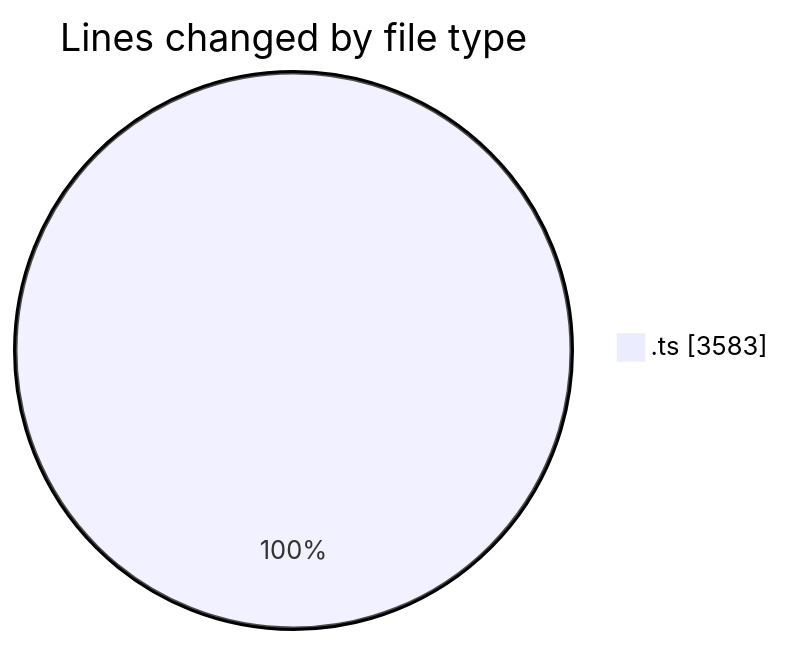
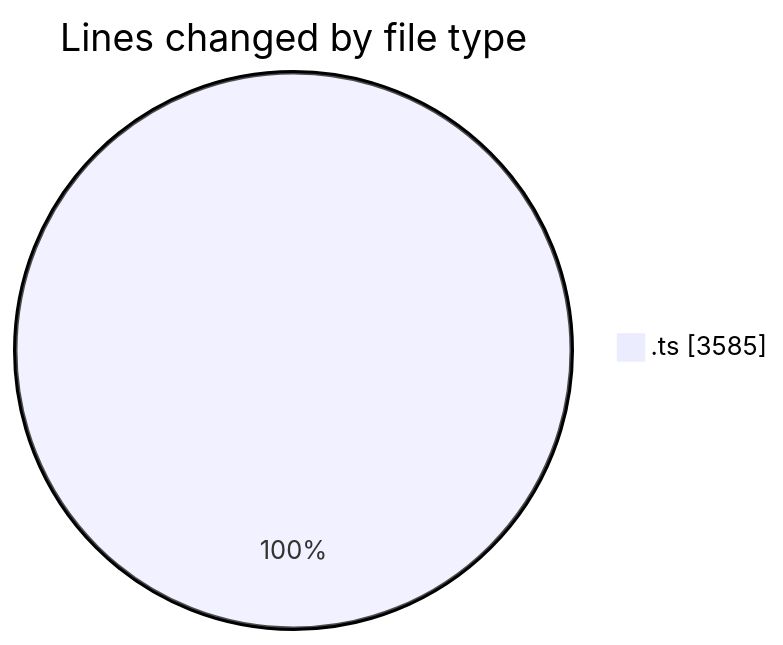
One commit to momahboobian/code-tracking changed the first of 2 diagrams in 2025-10-23/cda/README.md. Above: the diagram before and after it, drawn with Mermaid. The commit also changed other lines of this file and 1 other file, not shown here.

````diff
--- a/2025-10-23/cda/README.md
+++ b/2025-10-23/cda/README.md
@@ -24,5 +24,5 @@
 ```mermaid
 pie showData
 title Lines changed by file type
-".ts" : 3583
+".ts" : 3585
 ```
````
